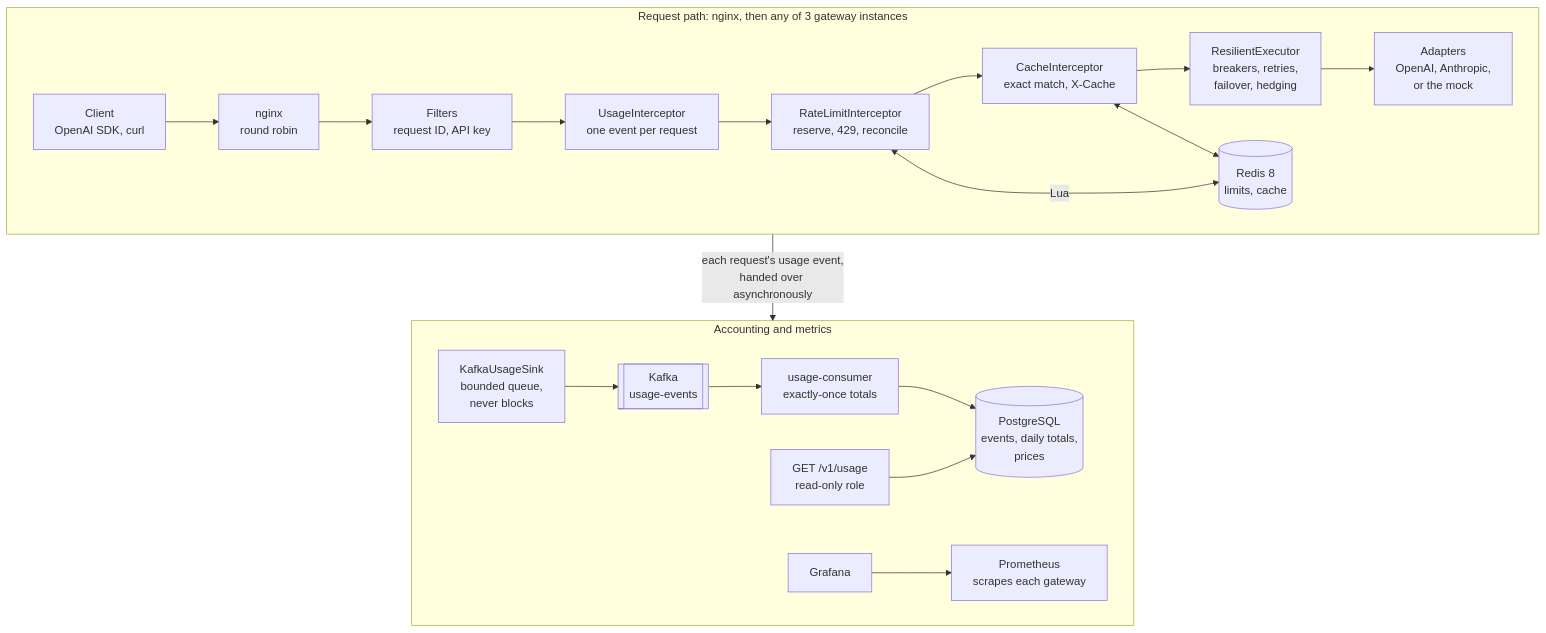
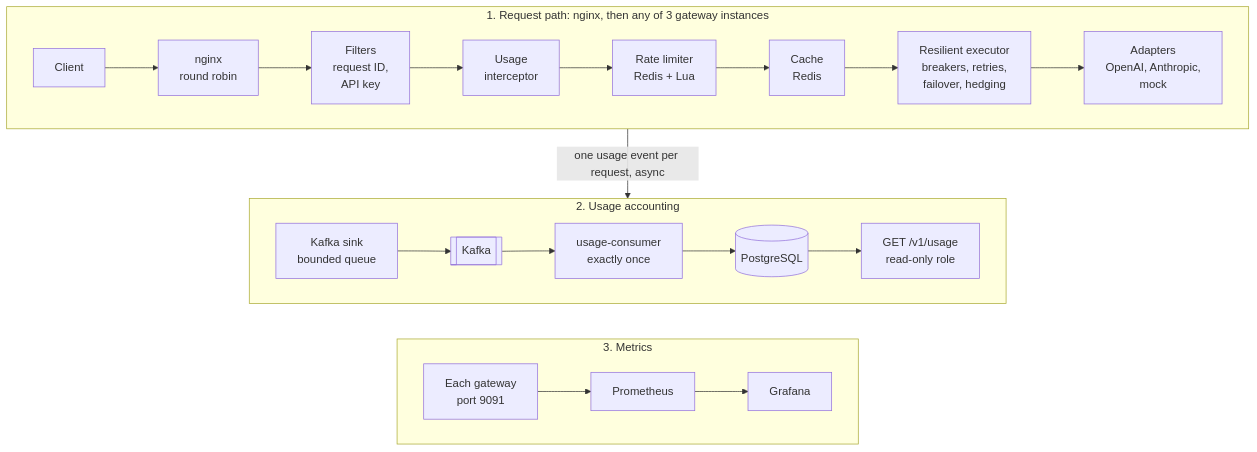
The diagram in README.md (arsheen2244/llm-gateway), drawn with Mermaid before and after one commit.

Commit message:
README: architecture as three straight rows

````diff
--- a/README.md
+++ b/README.md
@@ -172,26 +172,29 @@
 ```mermaid
 flowchart TB
-    subgraph REQ["Request path: nginx, then any of 3 gateway instances"]
+    subgraph REQ["1. Request path: nginx, then any of 3 gateway instances"]
         direction LR
-        C[Client<br/>OpenAI SDK, curl] --> N[nginx<br/>round robin]
-        N --> F[Filters<br/>request ID, API key]
-        F --> U[UsageInterceptor<br/>one event per request]
-        U --> RL[RateLimitInterceptor<br/>reserve, 429, reconcile]
-        RL --> CA[CacheInterceptor<br/>exact match, X-Cache]
-        CA --> EX[ResilientExecutor<br/>breakers, retries,<br/>failover, hedging]
-        EX --> PR[Adapters<br/>OpenAI, Anthropic,<br/>or the mock]
-        RL <-->|Lua| RD[(Redis 8<br/>limits, cache)]
-        CA <--> RD
+        C[Client] --> N[nginx<br/>round robin]
+        N --> F[Filters<br/>request ID,<br/>API key]
+        F --> U[Usage<br/>interceptor]
+        U --> RL[Rate limiter<br/>Redis + Lua]
+        RL --> CA[Cache<br/>Redis]
+        CA --> EX[Resilient executor<br/>breakers, retries,<br/>failover, hedging]
+        EX --> PR[Adapters<br/>OpenAI, Anthropic,<br/>mock]
     end
 
-    subgraph ACC["Accounting and metrics"]
+    subgraph ACC["2. Usage accounting"]
         direction LR
-        Q[KafkaUsageSink<br/>bounded queue,<br/>never blocks] --> K[[Kafka<br/>usage-events]]
-        K --> CO[usage-consumer<br/>exactly-once totals]
-        CO --> PG[(PostgreSQL<br/>events, daily totals,<br/>prices)]
-        UC[GET /v1/usage<br/>read-only role] --> PG
-        G[Grafana] --> PM[Prometheus<br/>scrapes each gateway]
+        Q[Kafka sink<br/>bounded queue] --> K[[Kafka]]
+        K --> CO[usage-consumer<br/>exactly once]
+        CO --> PG[(PostgreSQL)]
+        PG --> UC[GET /v1/usage<br/>read-only role]
     end
 
-    REQ -->|each request's usage event,<br/>handed over asynchronously| ACC
+    subgraph MET["3. Metrics"]
+        direction LR
+        M[Each gateway<br/>port 9091] --> PM[Prometheus] --> G[Grafana]
+    end
+
+    REQ -->|one usage event per request, async| ACC
+    ACC ~~~ MET
 ```
````
